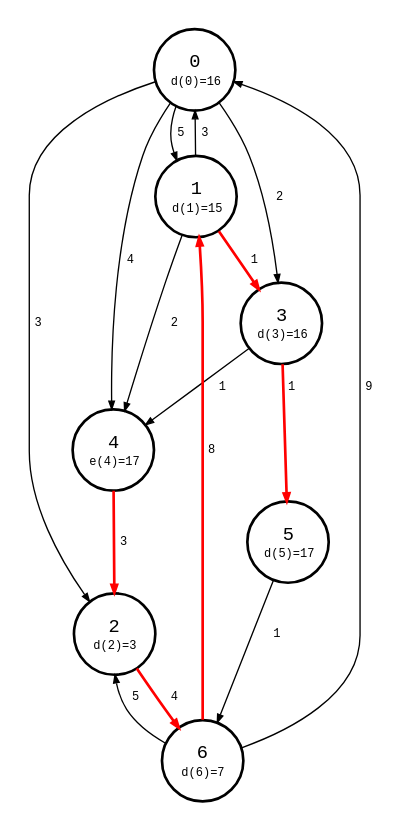
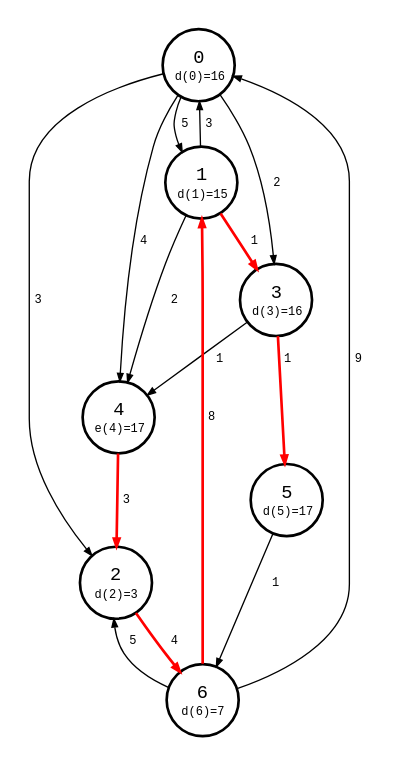
One commit to bsdrks/graaf-images changed the diagram in src/distance_matrix_diameter_1-0.87.2.dot. Above: the diagram before and after it, drawn with Graphviz. The commit also changed 39 other files, not shown here.

```diff
--- a/src/distance_matrix_diameter_1-0.87.2.dot
+++ b/src/distance_matrix_diameter_1-0.87.2.dot
@@ -1,5 +1,5 @@
 digraph {
-    node [shape=circle, fontname="monospace", style=bold, fixedsize=true, width="0.85"];
+    node [shape=circle, fontname="monospace", style=bold, fixedsize=true, width="0.75"];
     edge [arrowsize=0.6, fontname="monospace", fontsize=9];
     // layout=neato;
     // scale=3.0;
```
